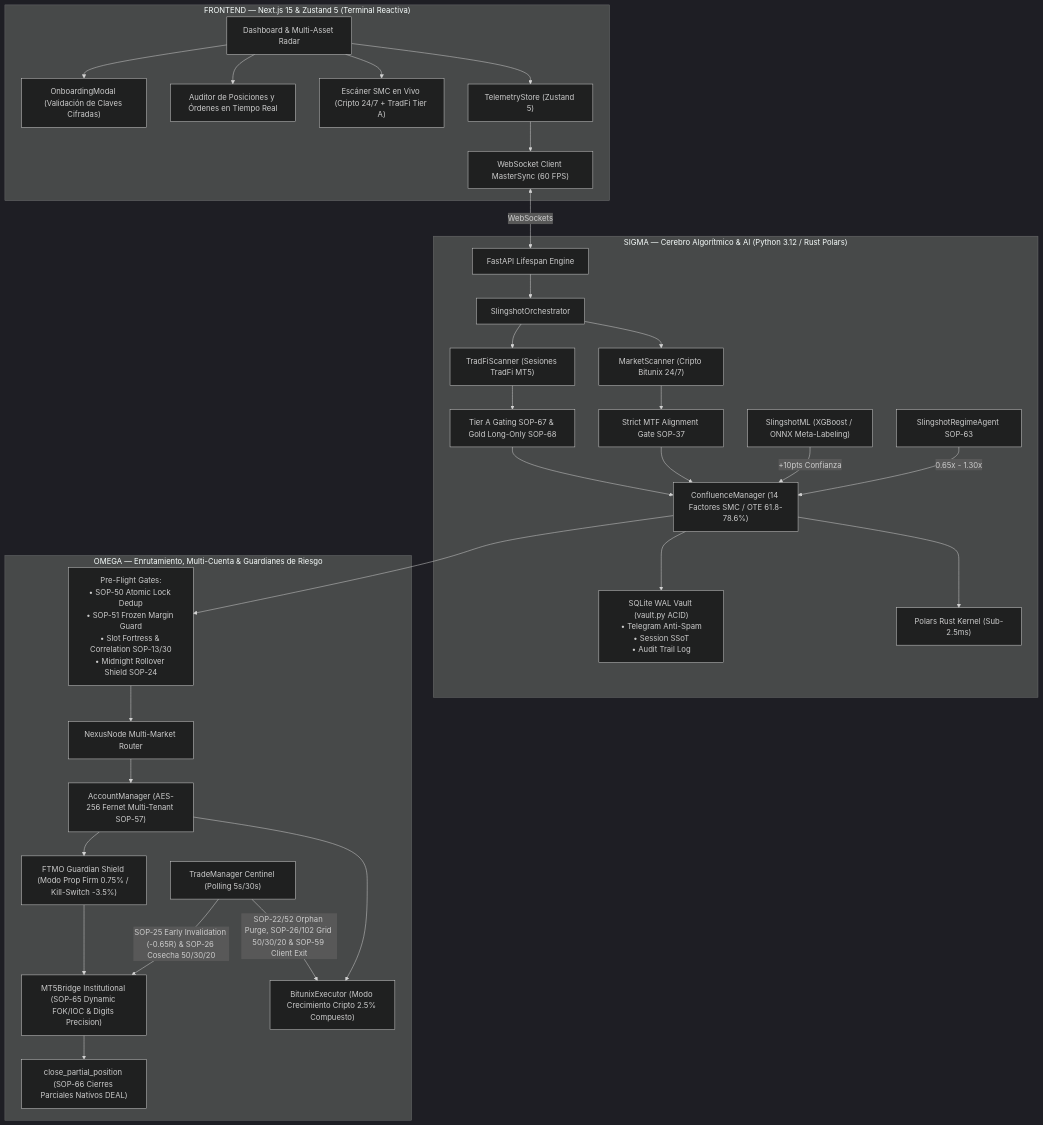
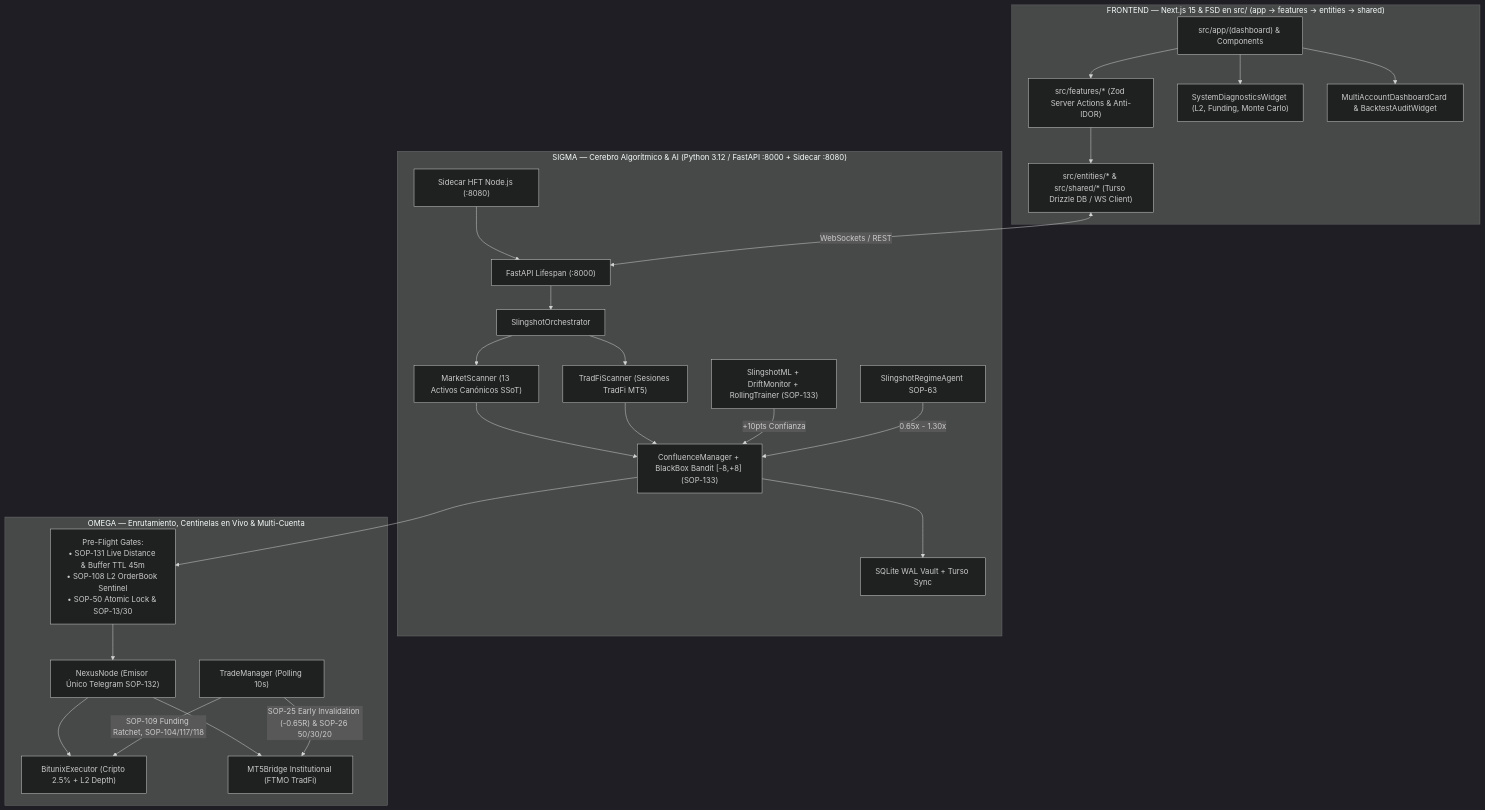
Before and after one commit to matiquelmec/Slingshot: the diagram in README.md, drawn with Mermaid (dark theme). The commit also changed other lines of this file and 3 other files, not shown here.

````diff
--- a/README.md
+++ b/README.md
@@ -85,38 +85,32 @@
 ```mermaid
 graph TB
-    subgraph "FRONTEND — Next.js 15 & Zustand 5 (Terminal Reactiva)"
-        A["Dashboard & Multi-Asset Radar"] --> B["TelemetryStore (Zustand 5)"]
-        B --> C["WebSocket Client MasterSync (60 FPS)"]
-        A --> D["Escáner SMC en Vivo (Cripto 24/7 + TradFi Tier A)"]
-        A --> E["Auditor de Posiciones y Órdenes en Tiempo Real"]
-        A --> OB["OnboardingModal (Validación de Claves Cifradas)"]
+    subgraph "FRONTEND — Next.js 15 & FSD en src/ (app -> features -> entities -> shared)"
+        A["src/app/(dashboard) & Components"] --> B["src/features/* (Zod Server Actions & Anti-IDOR)"]
+        B --> C["src/entities/* & src/shared/* (Turso Drizzle DB / WS Client)"]
+        A --> D["SystemDiagnosticsWidget (L2, Funding, Monte Carlo)"]
+        A --> E["MultiAccountDashboardCard & BacktestAuditWidget"]
     end
 
-    subgraph "SIGMA — Cerebro Algorítmico & AI (Python 3.12 / Rust Polars)"
-        J["FastAPI Lifespan Engine"] --> K["SlingshotOrchestrator"]
-        K --> L1["MarketScanner (Cripto Bitunix 24/7)"]
+    subgraph "SIGMA — Cerebro Algorítmico & AI (Python 3.12 / FastAPI :8000 + Sidecar :8080)"
+        J["FastAPI Lifespan (:8000)"] --> K["SlingshotOrchestrator"]
+        SIDE["Sidecar HFT Node.js (:8080)"] --> J
+        K --> L1["MarketScanner (13 Activos Canónicos SSoT)"]
         K --> L2["TradFiScanner (Sesiones TradFi MT5)"]
-        L1 --> MTF["Strict MTF Alignment Gate SOP-37"]
-        L2 --> TIER["Tier A Gating SOP-67 & Gold Long-Only SOP-68"]
-        MTF --> M["ConfluenceManager (14 Factores SMC / OTE 61.8-78.6%)"]
-        TIER --> M
-        ML["SlingshotML (XGBoost / ONNX Meta-Labeling)"] -->|+10pts Confianza| M
+        L1 --> M["ConfluenceManager + BlackBox Bandit [-8,+8] (SOP-133)"]
+        L2 --> M
+        ML["SlingshotML + DriftMonitor + RollingTrainer (SOP-133)"] -->|+10pts Confianza| M
         REG["SlingshotRegimeAgent SOP-63"] -->|0.65x - 1.30x| M
-        M --> POLARS["Polars Rust Kernel (Sub-2.5ms)"]
-        M --> V["SQLite WAL Vault (vault.py ACID)<br/>• Telegram Anti-Spam<br/>• Session SSoT<br/>• Audit Trail Log"]
+        M --> V["SQLite WAL Vault + Turso Sync"]
     end
 
-    subgraph "OMEGA — Enrutamiento, Multi-Cuenta & Guardianes de Riesgo"
-        M --> GATES["Pre-Flight Gates:<br/>• SOP-50 Atomic Lock Dedup<br/>• SOP-51 Frozen Margin Guard<br/>• Slot Fortress & Correlation SOP-13/30<br/>• Midnight Rollover Shield SOP-24"]
-        GATES --> NX["NexusNode Multi-Market Router"]
-        NX --> MACC["AccountManager (AES-256 Fernet Multi-Tenant SOP-57)"]
-        MACC --> BX["BitunixExecutor (Modo Crecimiento Cripto 2.5% Compuesto)"]
-        MACC --> FG["FTMO Guardian Shield (Modo Prop Firm 0.75% / Kill-Switch -3.5%)"]
-        FG --> MT5["MT5Bridge Institutional (SOP-65 Dynamic FOK/IOC & Digits Precision)"]
-        MT5 --> DEAL["close_partial_position (SOP-66 Cierres Parciales Nativos DEAL)"]
-        TM["TradeManager Centinel (Polling 5s/30s)"] --> |"SOP-22/52 Orphan Purge, SOP-26/102 Grid 50/30/20 & SOP-59 Client Exit"| BX
-        TM --> |"SOP-25 Early Invalidation (-0.65R) & SOP-26 Cosecha 50/30/20"| MT5
+    subgraph "OMEGA — Enrutamiento, Centinelas en Vivo & Multi-Cuenta"
+        M --> GATES["Pre-Flight Gates:<br/>• SOP-131 Live Distance & Buffer TTL 45m<br/>• SOP-108 L2 OrderBook Sentinel<br/>• SOP-50 Atomic Lock & SOP-13/30"]
+        GATES --> NX["NexusNode (Emisor Único Telegram SOP-132)"]
+        NX --> BX["BitunixExecutor (Cripto 2.5% + L2 Depth)"]
+        NX --> MT5["MT5Bridge Institutional (FTMO TradFi)"]
+        TM["TradeManager (Polling 10s)"] --> |"SOP-109 Funding Ratchet, SOP-104/117/118"| BX
+        TM --> |"SOP-25 Early Invalidation (-0.65R) & SOP-26 50/30/20"| MT5
     end
 
-    C <--> |"WebSockets"| J
+    C <--> |"WebSockets / REST"| J
 ```
````
